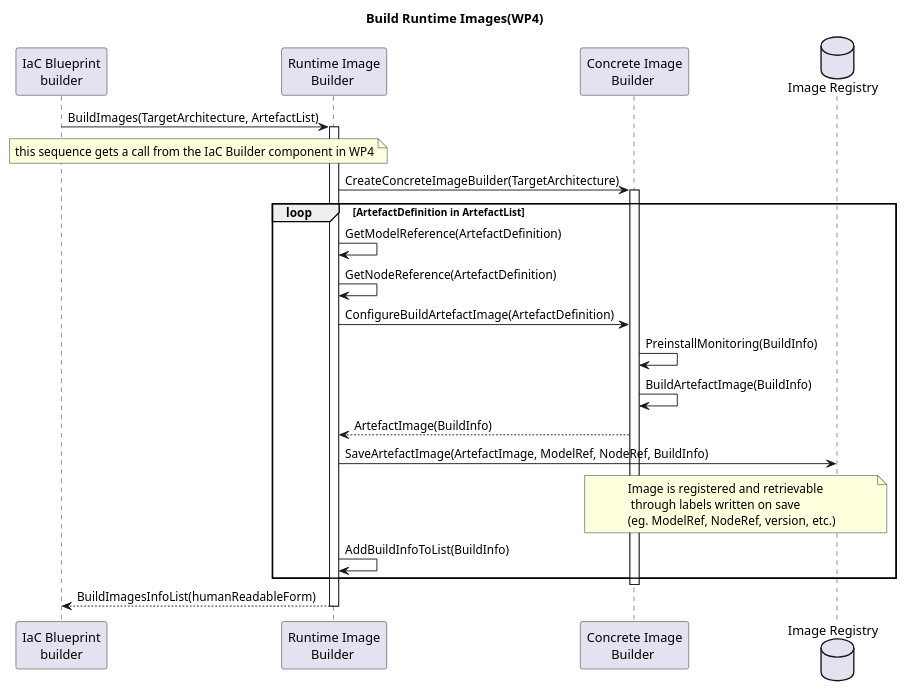
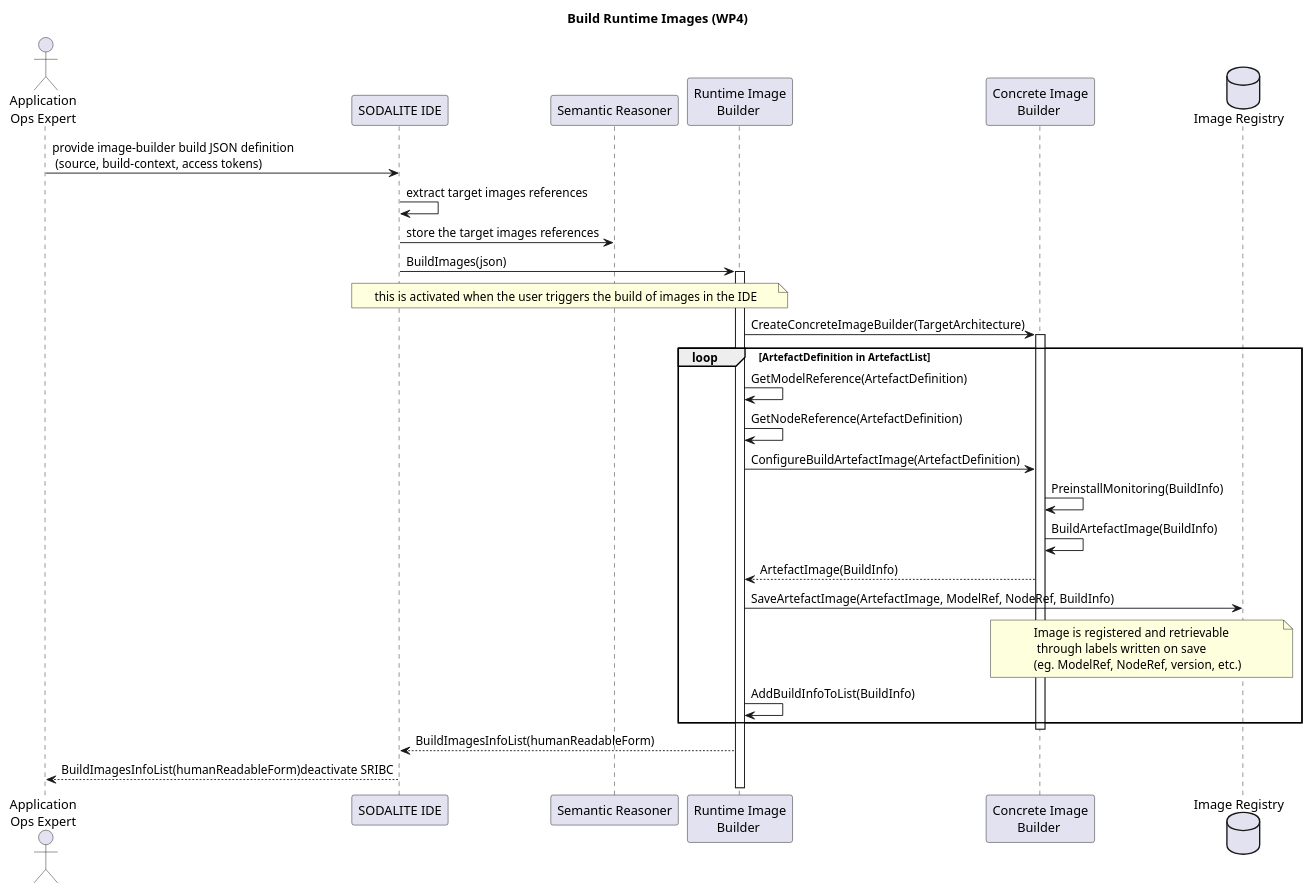
The diagram in uml/sequence-diagrams/UC-16-BuildRuntimeImages-WP4.puml (SODALITE-EU/project-wide-documentation), drawn with PlantUML before and after one commit.

Commit message:
More details on image building process - offline

```diff
--- a/uml/sequence-diagrams/UC-16-BuildRuntimeImages-WP4.puml
+++ b/uml/sequence-diagrams/UC-16-BuildRuntimeImages-WP4.puml
@@ -1,41 +1,47 @@
 @startuml
 
-title Build Runtime Images(WP4)
+title Build Runtime Images (WP4)
 
 'Define user actors
-participant "IaC Blueprint\nbuilder" as SBBC
+actor "Application\nOps Expert" as ops
+participant "SODALITE IDE" as editor
+participant "Semantic Reasoner" as reasoner
 participant "Runtime Image\nBuilder " as SRIBC
 participant "Concrete Image\nBuilder " as SCIBC
 database "Image Registry " as SIIR
 
+ops->editor: provide image-builder build JSON definition \n (source, build-context, access tokens)
+editor->editor: extract target images references
+editor->reasoner: store the target images references
 
-SBBC->SRIBC: BuildImages(TargetArchitecture, ArtefactList)
-note over SBBC, SRIBC: this sequence gets a call from the IaC Builder component in WP4
+editor->SRIBC: BuildImages(json)
+
+note over editor, SRIBC: this is activated when the user triggers the build of images in the IDE
 
 activate SRIBC
 
 SRIBC->SCIBC: CreateConcreteImageBuilder(TargetArchitecture)
 activate SCIBC
 
 loop ArtefactDefinition in ArtefactList
     SRIBC->SRIBC: GetModelReference(ArtefactDefinition)
     SRIBC->SRIBC: GetNodeReference(ArtefactDefinition)
     SRIBC->SCIBC: ConfigureBuildArtefactImage(ArtefactDefinition)
     SCIBC->SCIBC: PreinstallMonitoring(BuildInfo)
     SCIBC->SCIBC: BuildArtefactImage(BuildInfo)
     SCIBC-->SRIBC: ArtefactImage(BuildInfo)
     'Save the resulting IaC and recipes together with build time information (errors, warnings, information, improvement suggestions - all addressing the abstract model)
     SRIBC->SIIR: SaveArtefactImage(ArtefactImage, ModelRef, NodeRef, BuildInfo)
     note over SCIBC, SIIR: Image is registered and retrievable\n through labels written on save\n(eg. ModelRef, NodeRef, version, etc.)
 
     SRIBC->SRIBC: AddBuildInfoToList(BuildInfo)
 end
 
 deactivate SCIBC
 
 'Return the reference to compile/build time information (errors, warnings, information, improvement suggestions - all addressing the abstract model)
-SRIBC-->SBBC: BuildImagesInfoList(humanReadableForm)
-deactivate SRIBC
+SRIBC-->editor: BuildImagesInfoList(humanReadableForm)
+editor-->ops: BuildImagesInfoList(humanReadableForm)deactivate SRIBC
 
 
 @enduml
```
